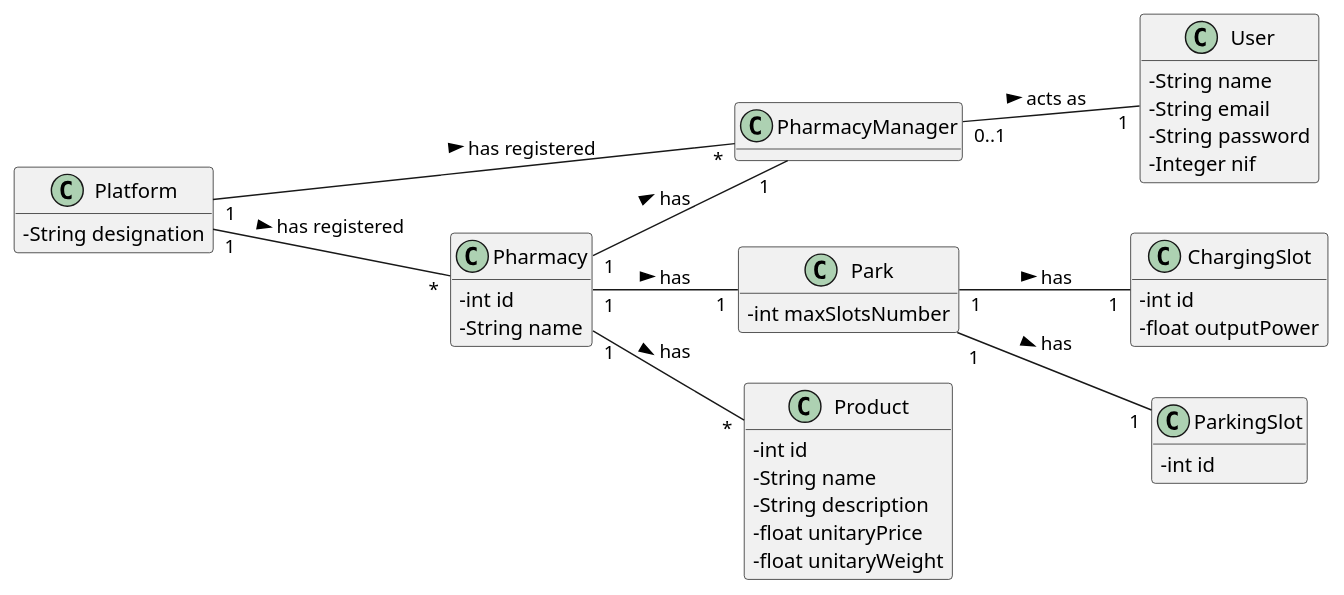
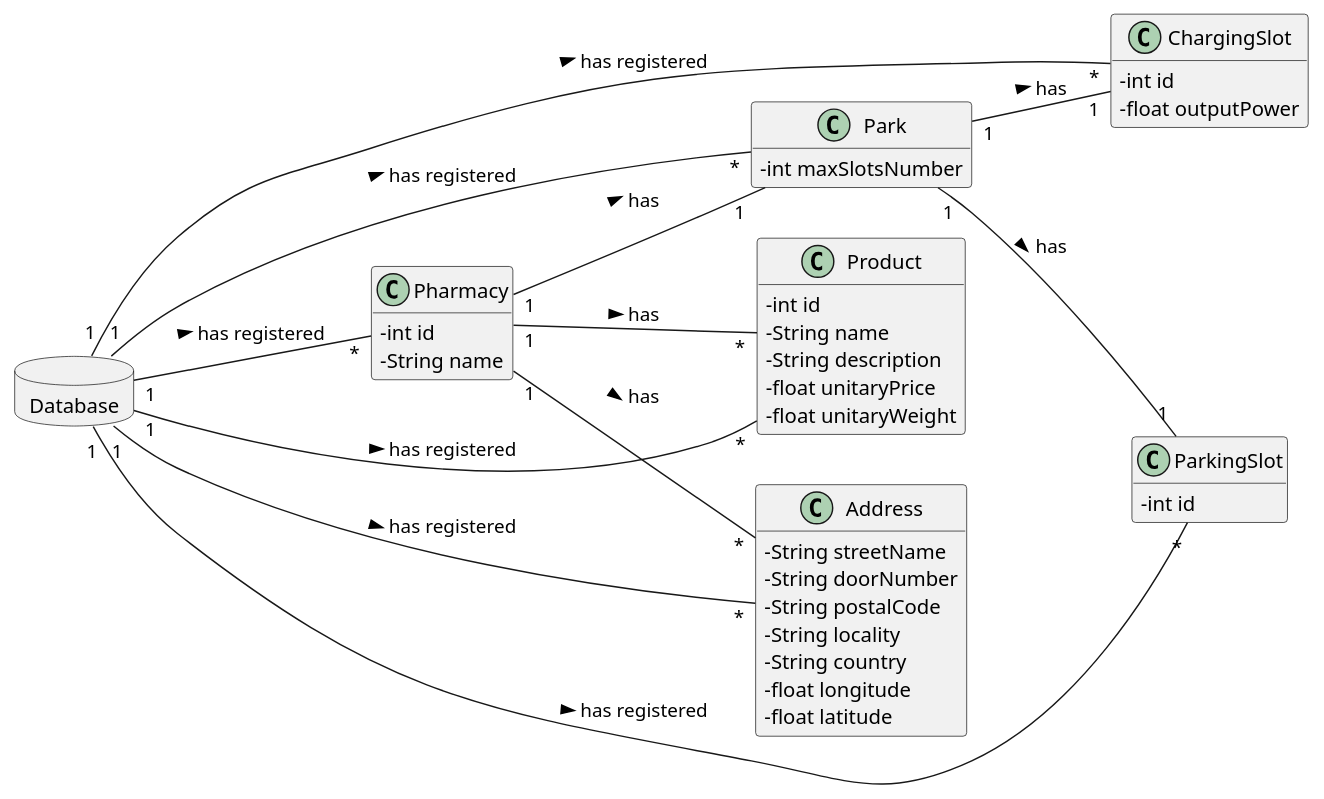
Before and after one commit to tiagoavcosta25/LAPR3: the diagram in docs/Iteration 2/Pharmacy Management/Refinement/US64_AddPharmacyProducts/US64_DM.puml, drawn with PlantUML. The commit also changed 7 other files, not shown here.

Commit message:
LAPR2AP2-188 Add Pharmacy Product [Review]

```diff
--- a/docs/Iteration 2/Pharmacy Management/Refinement/US64_AddPharmacyProducts/US64_DM.puml
+++ b/docs/Iteration 2/Pharmacy Management/Refinement/US64_AddPharmacyProducts/US64_DM.puml
@@ -1,54 +1,56 @@
 @startuml
 skinparam classAttributeIconSize 0
 hide methods
 left to right direction
 
-class Platform {
--   String designation
+database Database {
 }
 
 class Pharmacy{
 -   int id
 -   String name
-}
-
-class User{
--   String name
--   String email
--   String password
--   Integer nif
-}
-
-class PharmacyManager{
 }
 
 class Park{
 -   int maxSlotsNumber
 }
 
 class ChargingSlot{
 -   int id
 -   float outputPower
 }
 
 class ParkingSlot{
 -   int id
 }
 
 class Product{
 -   int id
 -   String name
 -   String description
 -   float unitaryPrice
 -   float unitaryWeight
 }
 
-Platform "1" -- "*" Pharmacy : has registered >
-Platform "1" -- "*" PharmacyManager : has registered >
-PharmacyManager "0..1" -- "1" User: acts as >
-Pharmacy "1" -- "1" PharmacyManager : has >
+class Address{
+-   String streetName
+-   String doorNumber
+-   String postalCode
+-   String locality
+-   String country
+-   float longitude
+-   float latitude
+}
+
+Database "1" -- "*" Pharmacy : has registered >
+Database "1" -- "*" Address : has registered >
+Database "1" -- "*" Park : has registered >
+Database "1" -- "*" ChargingSlot : has registered >
+Database "1" -- "*" ParkingSlot : has registered >
+Database "1" -- "*" Product : has registered >
 Pharmacy "1" -- "1" Park : has >
 Pharmacy "1" -- "*" Product : has >
+Pharmacy "1" -- "*" Address : has >
 Park "1" -- "1" ChargingSlot : has >
 Park "1" -- "1" ParkingSlot : has >
 @enduml
```
